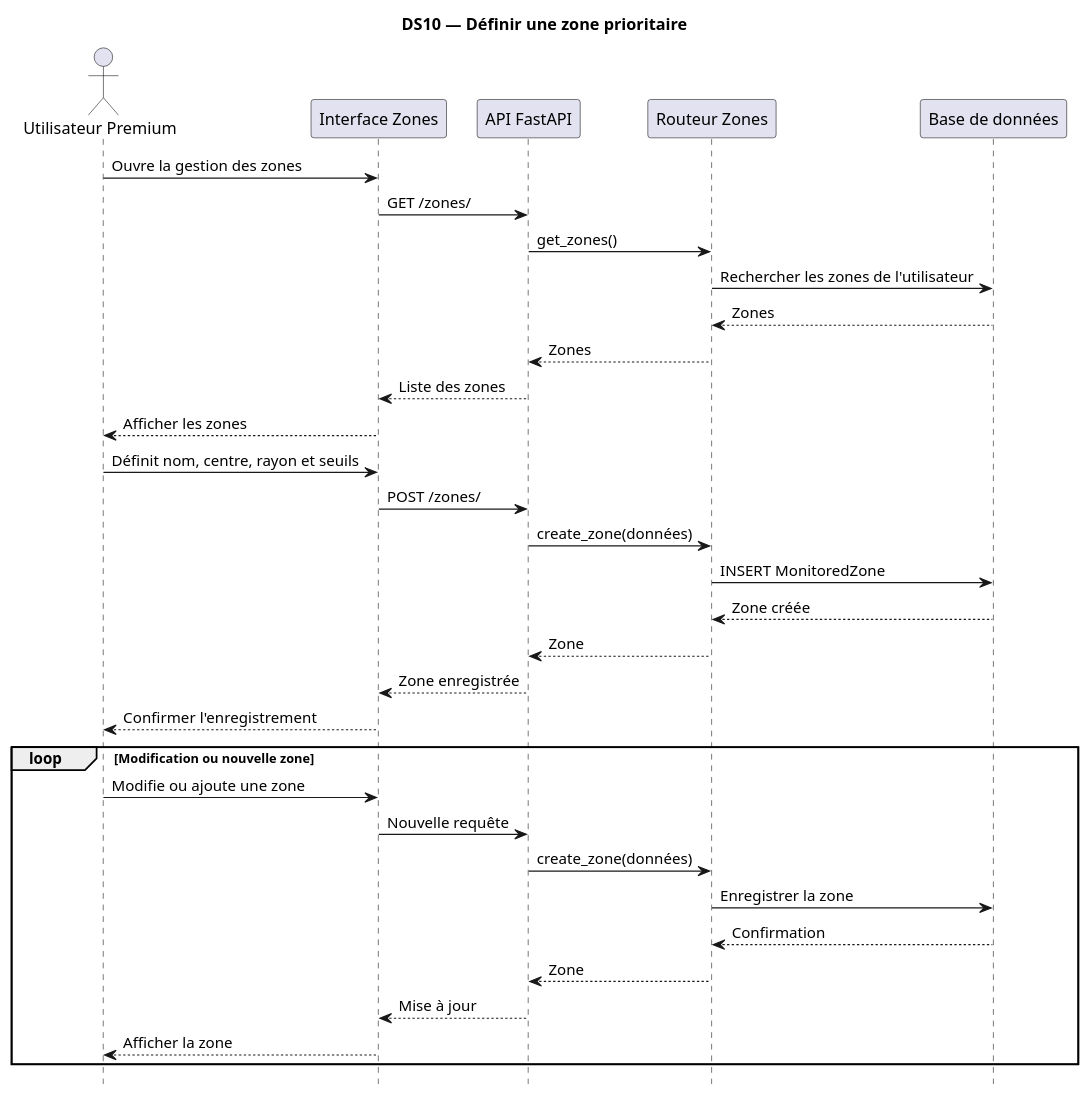
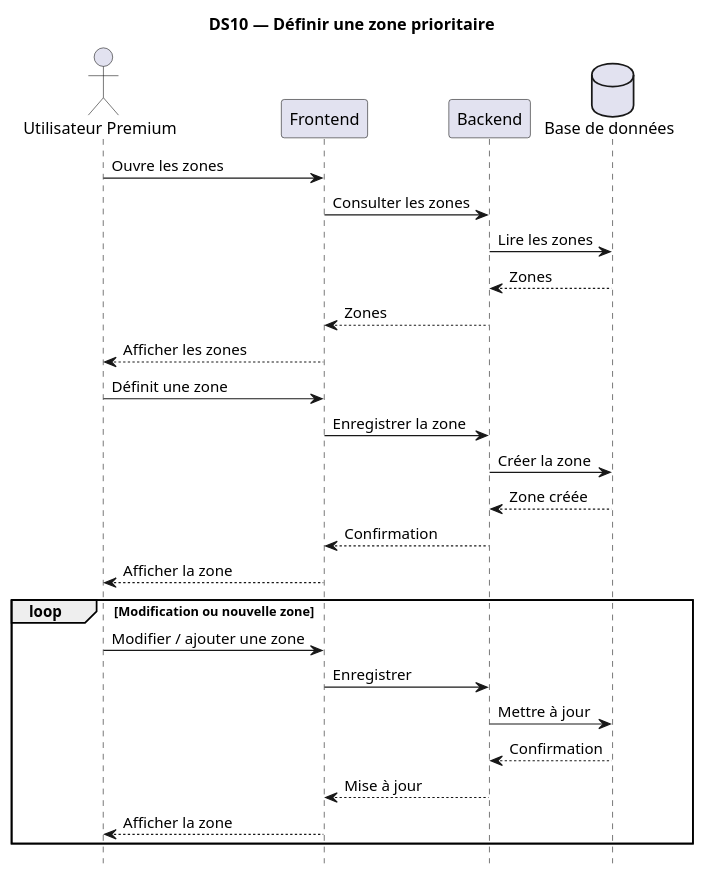
Before and after one commit to TkAbeleon/NoteAcemiqueProjetSoutenanceL3: the diagram in UML_JeryMotro/DS10_Definir_zone_prioritaire.plantuml, drawn with PlantUML.

Commit message:
Alléger DS10 avec les couches principales

```diff
--- a/UML_JeryMotro/DS10_Definir_zone_prioritaire.plantuml
+++ b/UML_JeryMotro/DS10_Definir_zone_prioritaire.plantuml
@@ -1,42 +1,35 @@
 @startuml
 
 title DS10 — Définir une zone prioritaire
 hide footbox
 skinparam shadowing false
 
 actor "Utilisateur Premium" as U
-participant "Interface Zones" as I
-participant "API FastAPI" as API
-participant "Routeur Zones" as Z
-participant "Base de données" as DB
+participant "Frontend" as F
+participant "Backend" as B
+database "Base de données" as DB
 
-U -> I : Ouvre la gestion des zones
-I -> API : GET /zones/
-API -> Z : get_zones()
-Z -> DB : Rechercher les zones de l'utilisateur
-DB --> Z : Zones
-Z --> API : Zones
-API --> I : Liste des zones
-I --> U : Afficher les zones
+U -> F : Ouvre les zones
+F -> B : Consulter les zones
+B -> DB : Lire les zones
+DB --> B : Zones
+B --> F : Zones
+F --> U : Afficher les zones
 
-U -> I : Définit nom, centre, rayon et seuils
-I -> API : POST /zones/
-API -> Z : create_zone(données)
-Z -> DB : INSERT MonitoredZone
-DB --> Z : Zone créée
-Z --> API : Zone
-API --> I : Zone enregistrée
-I --> U : Confirmer l'enregistrement
+U -> F : Définit une zone
+F -> B : Enregistrer la zone
+B -> DB : Créer la zone
+DB --> B : Zone créée
+B --> F : Confirmation
+F --> U : Afficher la zone
 
 loop Modification ou nouvelle zone
-    U -> I : Modifie ou ajoute une zone
-    I -> API : Nouvelle requête
-    API -> Z : create_zone(données)
-    Z -> DB : Enregistrer la zone
-    DB --> Z : Confirmation
-    Z --> API : Zone
-    API --> I : Mise à jour
-    I --> U : Afficher la zone
+    U -> F : Modifier / ajouter une zone
+    F -> B : Enregistrer
+    B -> DB : Mettre à jour
+    DB --> B : Confirmation
+    B --> F : Mise à jour
+    F --> U : Afficher la zone
 end
 
 @enduml
```
